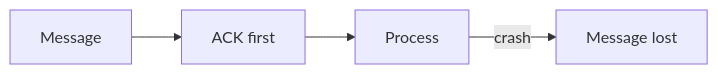
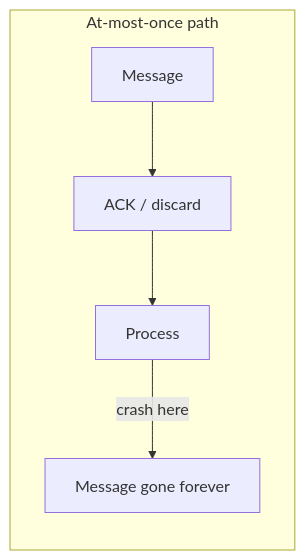
One commit to hareramcse/SystemDesign changed diagram 14 of 27 in 06-messaging-and-events/README.md. Above: the diagram before and after it, drawn with Mermaid. The commit also changed other lines of this file and 14 other files, not shown here.

````diff
--- a/06-messaging-and-events/README.md
+++ b/06-messaging-and-events/README.md
@@ -746,6 +823,8 @@
 ```mermaid
 flowchart LR
-    Msg[Message] --> ACK[ACK first]
-    ACK --> Process[Process]
-    Process -->|crash| Lost[Message lost]
+    subgraph AtMostOnce["At-most-once path"]
+        M[Message] --> ACK[ACK / discard]
+        ACK --> P[Process]
+        P -->|crash here| X[Message gone forever]
+    end
 ```
````
